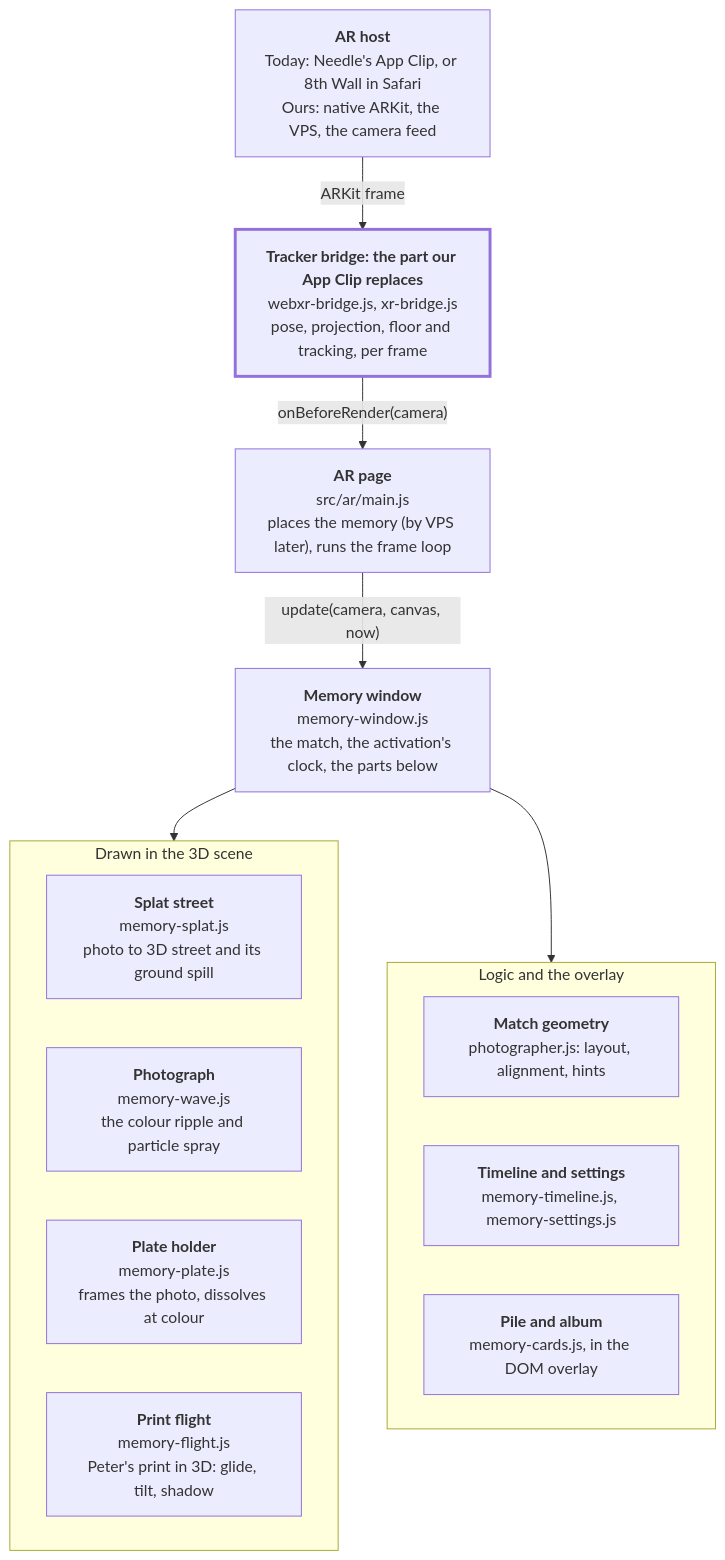
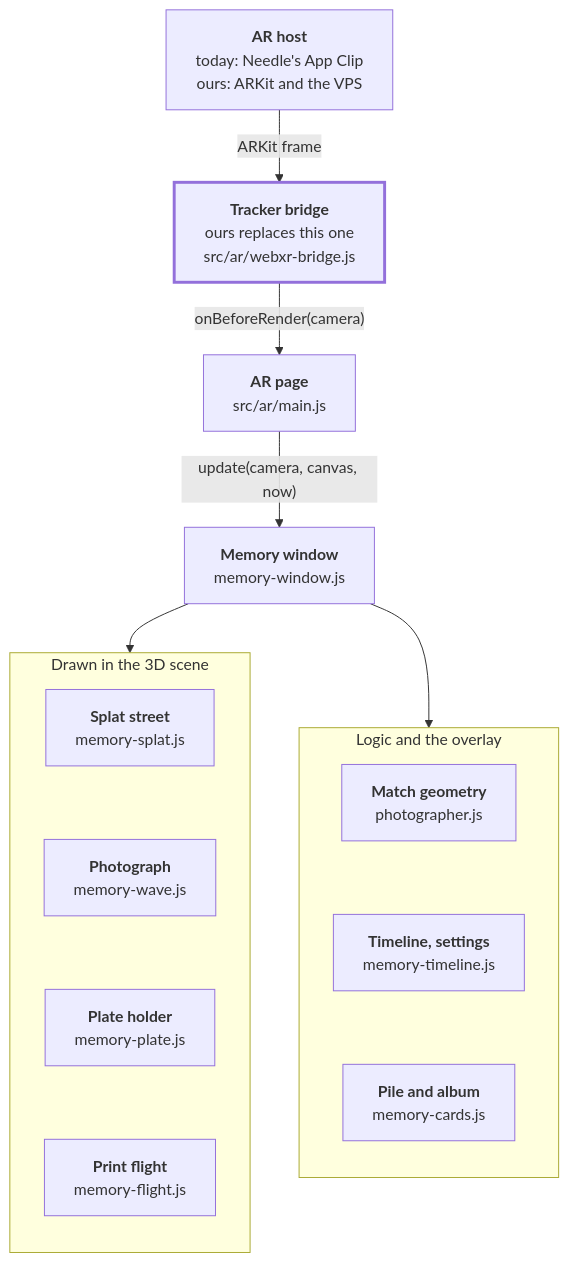
Before and after one commit to kaifengwu001/ChinaTownSplatARTest: the diagram in README.md, drawn with Mermaid.

Commit message:
Compact the README's architecture diagram so it reads on GitHub

````diff
--- a/README.md
+++ b/README.md
@@ -39,24 +39,21 @@
 ```mermaid
 flowchart TB
-  host["<b>AR host</b><br/>Today: Needle's App Clip, or 8th Wall in Safari<br/>Ours: native ARKit, the VPS, the camera feed"]
-  bridge["<b>Tracker bridge: the part our App Clip replaces</b><br/>webxr-bridge.js, xr-bridge.js<br/>pose, projection, floor and tracking, per frame"]
-  page["<b>AR page</b><br/>src/ar/main.js<br/>places the memory (by VPS later), runs the frame loop"]
-  memory["<b>Memory window</b><br/>memory-window.js<br/>the match, the activation's clock, the parts below"]
+  host["<b>AR host</b><br/>today: Needle's App Clip<br/>ours: ARKit and the VPS"]
+  bridge["<b>Tracker bridge</b><br/>ours replaces this one<br/>src/ar/webxr-bridge.js"]
+  page["<b>AR page</b><br/>src/ar/main.js"]
+  memory["<b>Memory window</b><br/>memory-window.js"]
   host -- "ARKit frame" --> bridge
   bridge -- "onBeforeRender(camera)" --> page
   page -- "update(camera, canvas, now)" --> memory
+  memory --> scene
+  memory --> logic
   subgraph scene["Drawn in the 3D scene"]
-    splats["<b>Splat street</b><br/>memory-splat.js<br/>photo to 3D street and its ground spill"]
-    photo["<b>Photograph</b><br/>memory-wave.js<br/>the colour ripple and particle spray"]
-    plate["<b>Plate holder</b><br/>memory-plate.js<br/>frames the photo, dissolves at colour"]
-    flight["<b>Print flight</b><br/>memory-flight.js<br/>Peter's print in 3D: glide, tilt, shadow"]
+    direction TB
+    splats["<b>Splat street</b><br/>memory-splat.js"] ~~~ photo["<b>Photograph</b><br/>memory-wave.js"] ~~~ plate["<b>Plate holder</b><br/>memory-plate.js"] ~~~ flight["<b>Print flight</b><br/>memory-flight.js"]
   end
   subgraph logic["Logic and the overlay"]
-    geometry["<b>Match geometry</b><br/>photographer.js: layout, alignment, hints"]
-    timeline["<b>Timeline and settings</b><br/>memory-timeline.js, memory-settings.js"]
-    pile["<b>Pile and album</b><br/>memory-cards.js, in the DOM overlay"]
+    direction TB
+    geometry["<b>Match geometry</b><br/>photographer.js"] ~~~ timeline["<b>Timeline, settings</b><br/>memory-timeline.js"] ~~~ pile["<b>Pile and album</b><br/>memory-cards.js"]
   end
-  memory --> scene
-  memory --> logic
   style bridge stroke-width:3px
 ```
````
